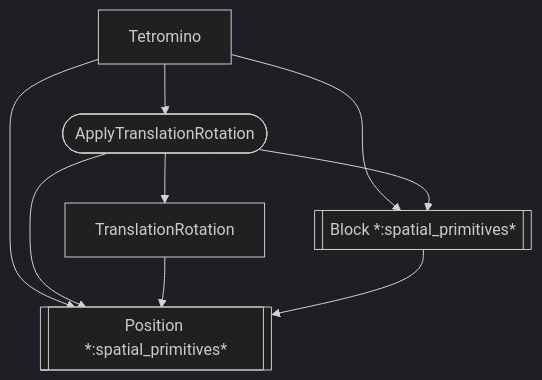
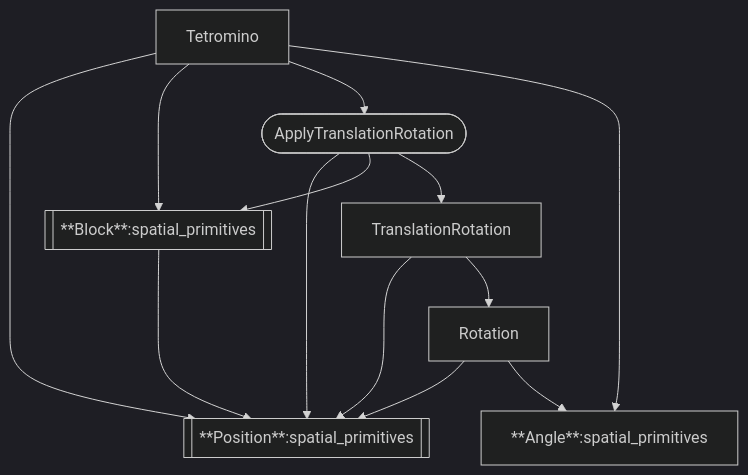
The diagram in src/app/player/back_end/flowgraph.md (inesvar/tetris), drawn with Mermaid (dark theme) before and after one commit. The commit also changed 3 other files, not shown here.

````diff
--- a/src/app/player/back_end/flowgraph.md
+++ b/src/app/player/back_end/flowgraph.md
@@ -1,11 +1,15 @@
 ```mermaid
 graph TD;
-    Tetromino-->Position[[Position *:spatial_primitives*]];
+    Tetromino-->Position[[**Position**:spatial_primitives]];
+    Tetromino-->Block[[**Block**:spatial_primitives]];
     Tetromino-->applyTranslationRotation([ApplyTranslationRotation]);
-    Tetromino-->Block[[Block *:spatial_primitives*]];
-    applyTranslationRotation([ApplyTranslationRotation])-->Position[[Position *:spatial_primitives*]];
-    applyTranslationRotation([ApplyTranslationRotation])-->Block[[Block *:spatial_primitives*]];
+    applyTranslationRotation([ApplyTranslationRotation])-->Position[[**Position**:spatial_primitives]];
+    applyTranslationRotation([ApplyTranslationRotation])-->Block[[**Block**:spatial_primitives]];
     applyTranslationRotation([ApplyTranslationRotation])-->TranslationRotation;
-    TranslationRotation-->Position[[Position *:spatial_primitives*]];
-    Block[[Block *:spatial_primitives*]]-->Position[[Position *:spatial_primitives*]];
+    TranslationRotation-->Position[[**Position**:spatial_primitives]];
+    Block[[**Block**:spatial_primitives]]-->Position[[**Position**:spatial_primitives]];
+    Tetromino-->**Angle**:spatial_primitives;
+    TranslationRotation-->Rotation;
+    Rotation-->Position;
+    Rotation-->**Angle**:spatial_primitives;
 ```
````
